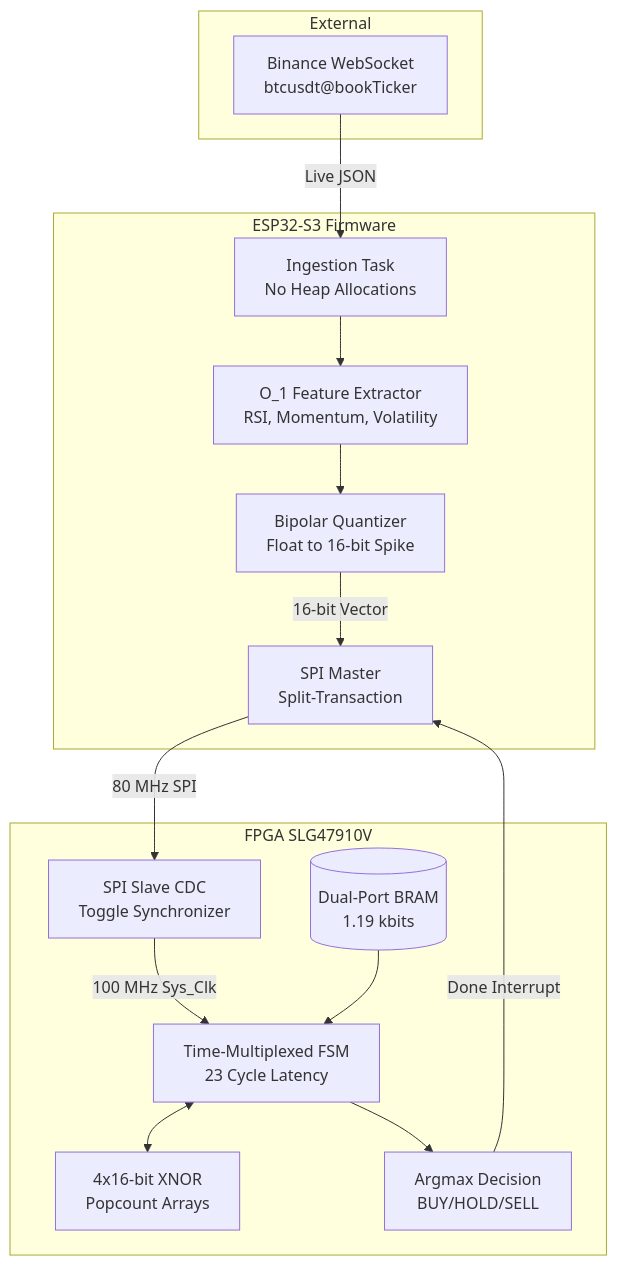
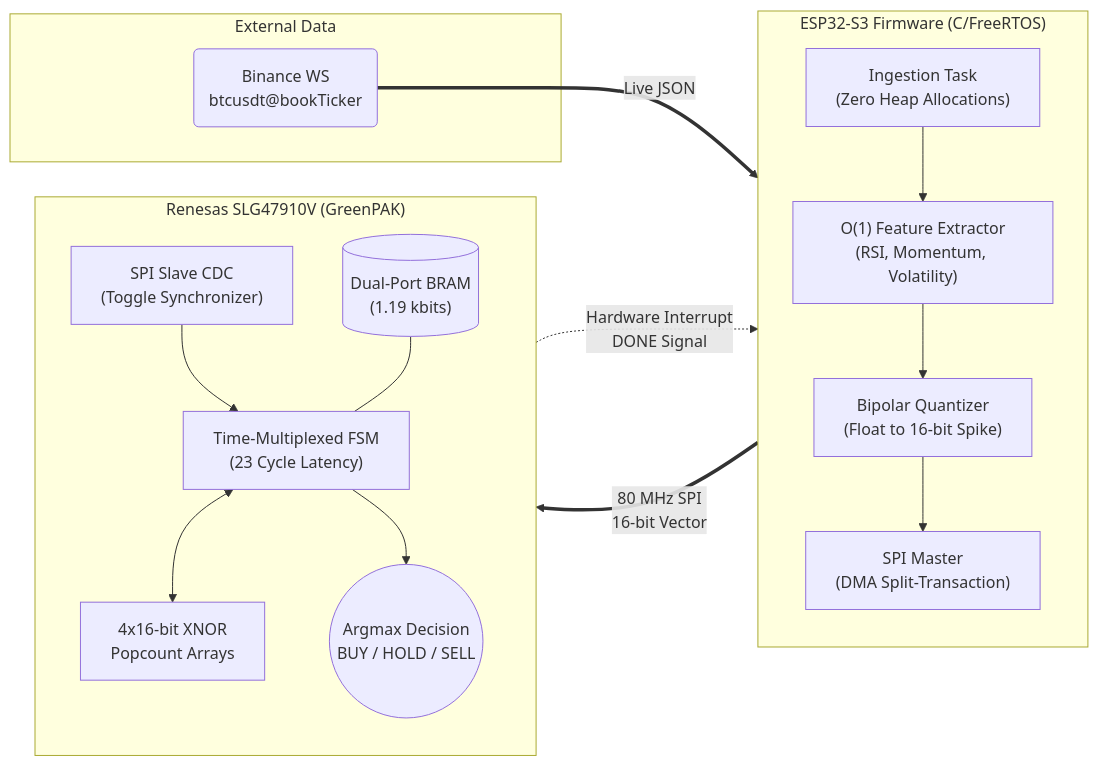
Before and after one commit to SushantGagneja/ultra-low-latency-ML-inference-on-FPGA: the first of 3 diagrams in README.md, drawn with Mermaid. The commit also changed other lines of this file, not shown here.

````diff
--- a/README.md
+++ b/README.md
@@ -28,32 +28,34 @@
 ```mermaid
-flowchart TD
-    subgraph External
-        BWS[Binance WebSocket\nbtcusdt@bookTicker]
+flowchart LR
+    subgraph External ["External Data"]
+        BWS("Binance WS<br>btcusdt@bookTicker")
     end
 
-    subgraph ESP32-S3 Firmware
-        ING[Ingestion Task\nNo Heap Allocations]
-        FEAT[O_1 Feature Extractor\nRSI, Momentum, Volatility]
-        QUANT[Bipolar Quantizer\nFloat to 16-bit Spike]
-        SPIM[SPI Master\nSplit-Transaction]
+    subgraph ESP32 ["ESP32-S3 Firmware (C/FreeRTOS)"]
+        direction TB
+        ING["Ingestion Task<br>(Zero Heap Allocations)"]
+        FEAT["O(1) Feature Extractor<br>(RSI, Momentum, Volatility)"]
+        QUANT["Bipolar Quantizer<br>(Float to 16-bit Spike)"]
+        SPIM["SPI Master<br>(DMA Split-Transaction)"]
+        
+        ING --> FEAT --> QUANT --> SPIM
     end
 
-    subgraph FPGA SLG47910V
-        SPIS[SPI Slave CDC\nToggle Synchronizer]
-        FSM[Time-Multiplexed FSM\n23 Cycle Latency]
-        BRAM[(Dual-Port BRAM\n1.19 kbits)]
-        XNOR[4x16-bit XNOR\nPopcount Arrays]
-        OUT[Argmax Decision\nBUY/HOLD/SELL]
+    subgraph FPGA ["Renesas SLG47910V (GreenPAK)"]
+        direction TB
+        SPIS["SPI Slave CDC<br>(Toggle Synchronizer)"]
+        FSM["Time-Multiplexed FSM<br>(23 Cycle Latency)"]
+        BRAM[("Dual-Port BRAM<br>(1.19 kbits)")]
+        XNOR["4x16-bit XNOR<br>Popcount Arrays"]
+        OUT(("Argmax Decision<br>BUY / HOLD / SELL"))
+        
+        SPIS --> FSM
+        BRAM --- FSM
+        FSM <--> XNOR
+        FSM --> OUT
     end
 
-    BWS -->|Live JSON| ING
-    ING --> FEAT
-    FEAT --> QUANT
-    QUANT -->|16-bit Vector| SPIM
-    SPIM -->|80 MHz SPI| SPIS
-    SPIS -->|100 MHz Sys_Clk| FSM
-    BRAM --> FSM
-    FSM <--> XNOR
-    FSM --> OUT
-    OUT -->|Done Interrupt| SPIM
+    BWS == "Live JSON" ==> ING
+    SPIM == "80 MHz SPI<br>16-bit Vector" ==> SPIS
+    OUT -. "Hardware Interrupt<br>DONE Signal" .-> SPIM
 ```
````
